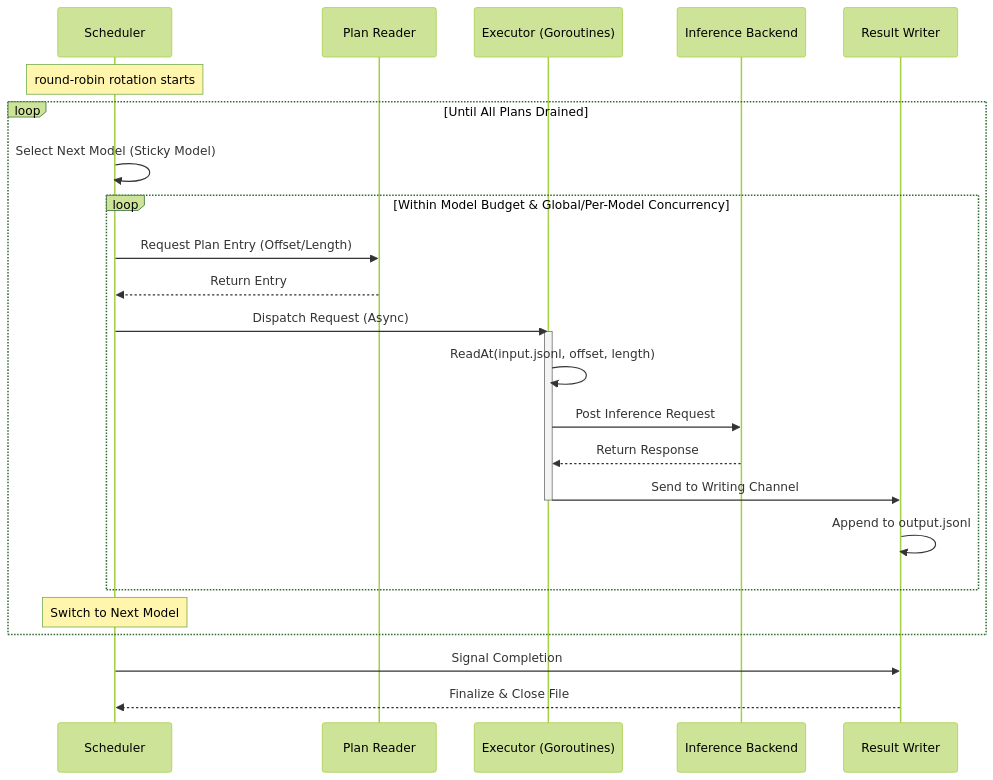
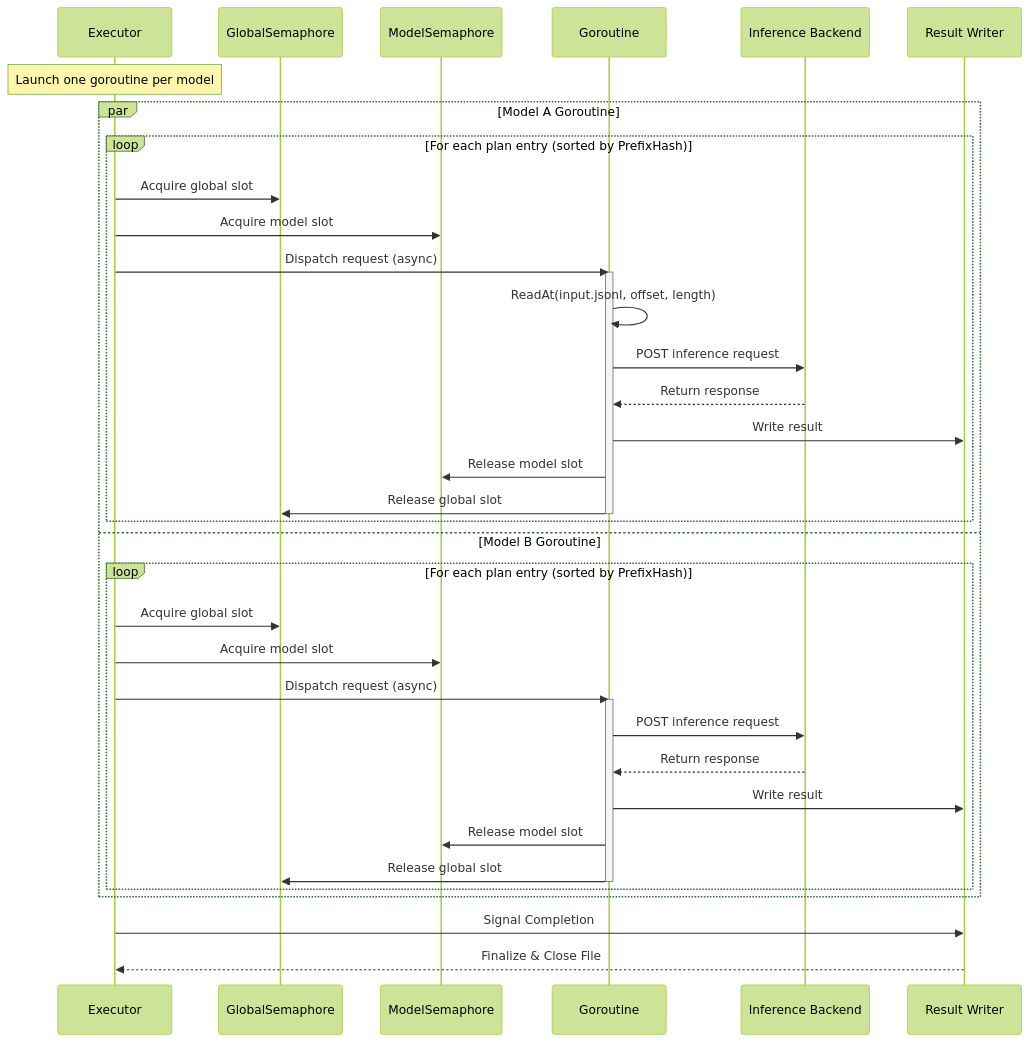
One commit to llm-d-incubation/batch-gateway changed the diagram in docs/design/batch_processor_architecture.md. Above: the diagram before and after it, drawn with Mermaid (forest theme). The commit also changed other lines of this file and 16 other files, not shown here.

Commit message:
prefix-hash sorting and semaphore-based bounded concurrency

````diff
--- a/docs/design/batch_processor_architecture.md
+++ b/docs/design/batch_processor_architecture.md
@@ -309,34 +312,43 @@
 ``` mermaid
 sequenceDiagram
-    participant S as Scheduler
-    participant P as Plan Reader
-    participant E as Executor (Goroutines)
+    participant Ex as Executor
+    participant GS as GlobalSemaphore
+    participant MS as ModelSemaphore
+    participant E as Goroutine
     participant B as Inference Backend
     participant W as Result Writer
 
-    Note over S: round-robin rotation starts
+    Note over Ex: Launch one goroutine per model
 
-    loop Until All Plans Drained
-        S->>S: Select Next Model (Sticky Model)
-
-        loop Within Model Budget & Global/Per-Model Concurrency
-            S->>P: Request Plan Entry (Offset/Length)
-            P-->>S: Return Entry
-
-            S->>E: Dispatch Request (Async)
+    par Model A Goroutine
+        loop For each plan entry (sorted by PrefixHash)
+            Ex->>GS: Acquire global slot
+            Ex->>MS: Acquire model slot
+            Ex->>E: Dispatch request (async)
             activate E
             E->>E: ReadAt(input.jsonl, offset, length)
-            E->>B: Post Inference Request
-            B-->>E: Return Response
-            E->>W: Send to Writing Channel
+            E->>B: POST inference request
+            B-->>E: Return response
+            E->>W: Write result
+            E->>MS: Release model slot
+            E->>GS: Release global slot
             deactivate E
-
-            W->>W: Append to output.jsonl
         end
-
-        Note over S: Switch to Next Model
+    and Model B Goroutine
+        loop For each plan entry (sorted by PrefixHash)
+            Ex->>GS: Acquire global slot
+            Ex->>MS: Acquire model slot
+            Ex->>E: Dispatch request (async)
+            activate E
+            E->>B: POST inference request
+            B-->>E: Return response
+            E->>W: Write result
+            E->>MS: Release model slot
+            E->>GS: Release global slot
+            deactivate E
+        end
     end
 
-    S->>W: Signal Completion
-    W-->>S: Finalize & Close File
+    Ex->>W: Signal Completion
+    W-->>Ex: Finalize & Close File
 ```
````
